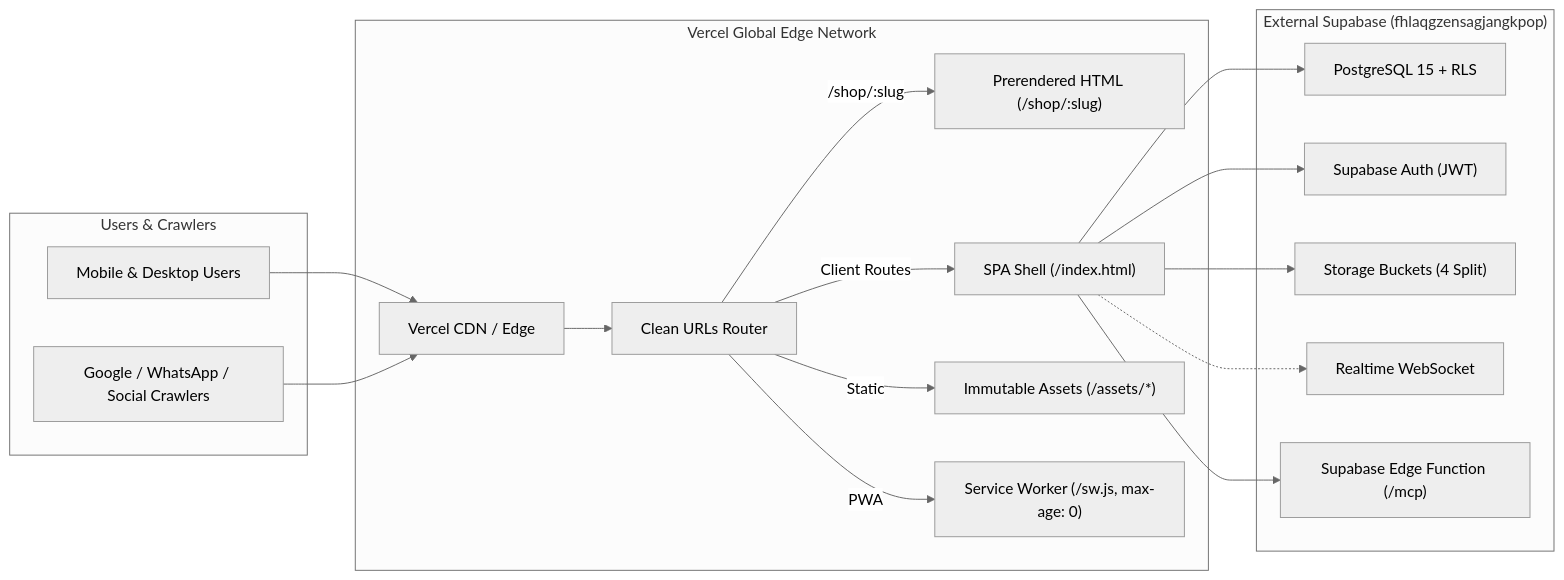
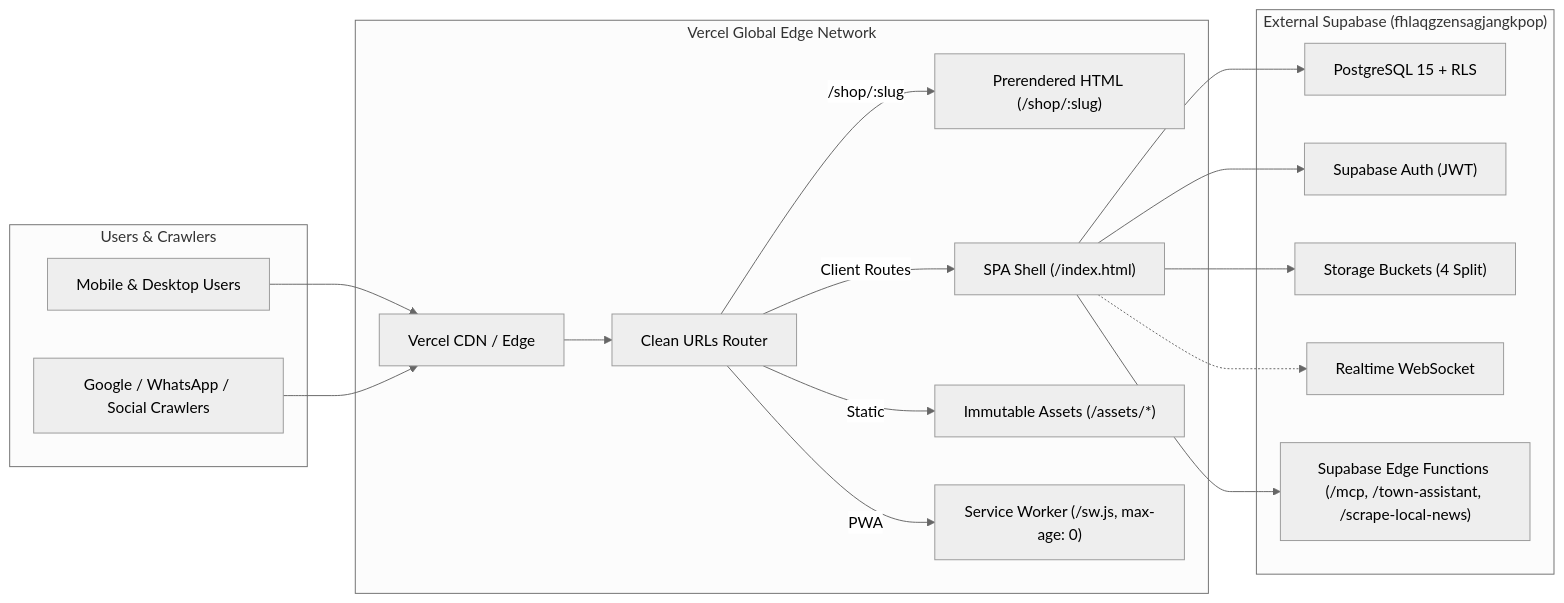
One commit to MuktainagarDaily/AntiMD changed the diagram in docs/VERCEL_MIGRATION_PLAN.md. Above: the diagram before and after it, drawn with Mermaid (neutral theme). The commit also changed other lines of this file and 201 other files, not shown here.

````diff
--- a/docs/VERCEL_MIGRATION_PLAN.md
+++ b/docs/VERCEL_MIGRATION_PLAN.md
@@ -15,39 +15,39 @@
 ```mermaid
 flowchart LR
     subgraph Visitors["Users & Crawlers"]
         User["Mobile & Desktop Users"]
         Crawler["Google / WhatsApp / Social Crawlers"]
     end
 
     subgraph VercelEdge["Vercel Global Edge Network"]
         VercelCDN["Vercel CDN / Edge"]
         CleanUrls["Clean URLs Router"]
         StaticPre["Prerendered HTML (/shop/:slug)"]
         SPAShell["SPA Shell (/index.html)"]
         Assets["Immutable Assets (/assets/*)"]
         SW["Service Worker (/sw.js, max-age: 0)"]
     end
 
     subgraph SupabaseCloud["External Supabase (fhlaqgzensagjangkpop)"]
         DB["PostgreSQL 15 + RLS"]
         Auth["Supabase Auth (JWT)"]
         Storage["Storage Buckets (4 Split)"]
         Realtime["Realtime WebSocket"]
-        MCP["Supabase Edge Function (/mcp)"]
+        EdgeFns["Supabase Edge Functions (/mcp, /town-assistant, /scrape-local-news)"]
     end
 
     User --> VercelCDN
     Crawler --> VercelCDN
 
     VercelCDN --> CleanUrls
     CleanUrls -- "/shop/:slug" --> StaticPre
     CleanUrls -- "Client Routes" --> SPAShell
     CleanUrls -- "Static" --> Assets
     CleanUrls -- "PWA" --> SW
 
     SPAShell --> DB
     SPAShell --> Auth
     SPAShell --> Storage
     SPAShell -.-> Realtime
-    SPAShell --> MCP
+    SPAShell --> EdgeFns
 ```
````
